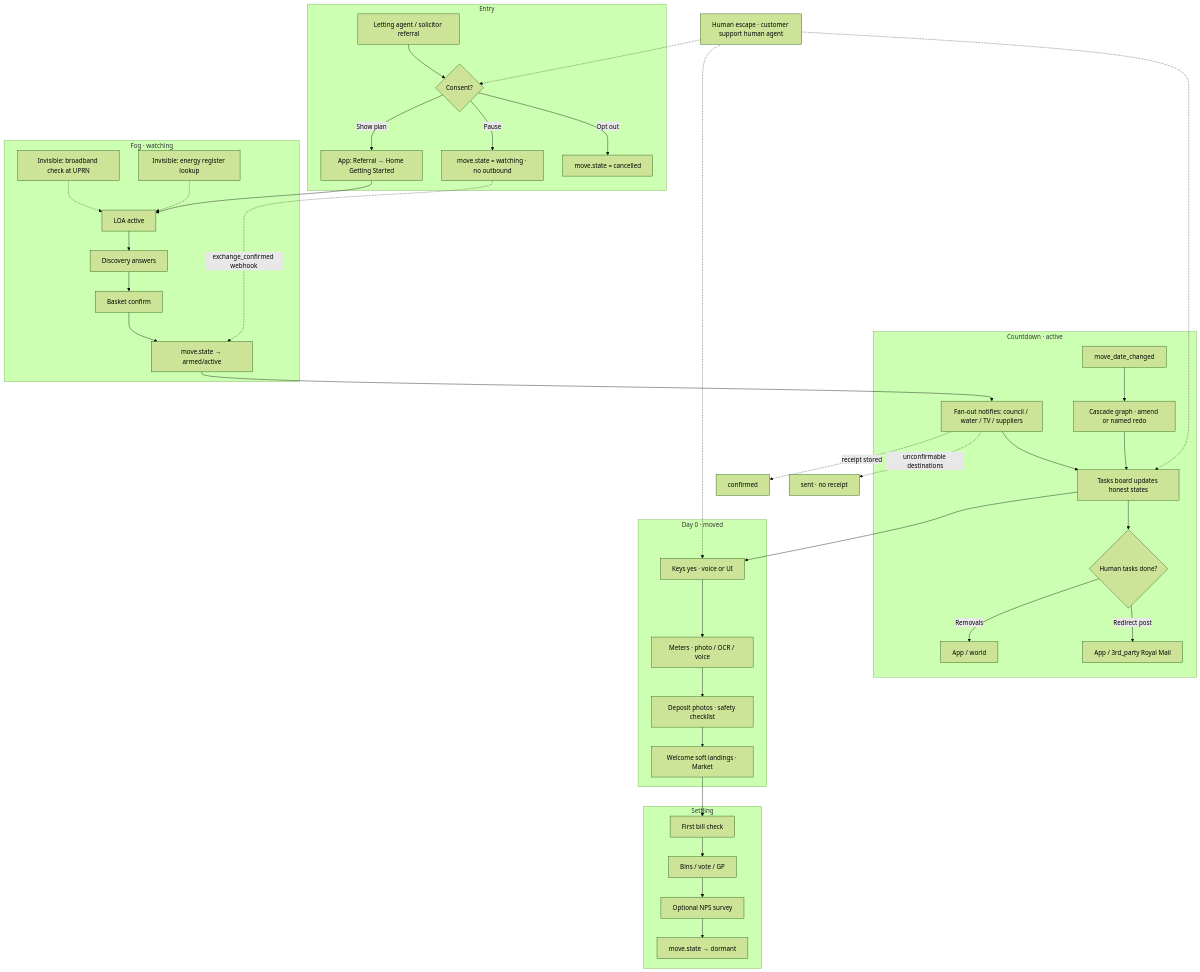
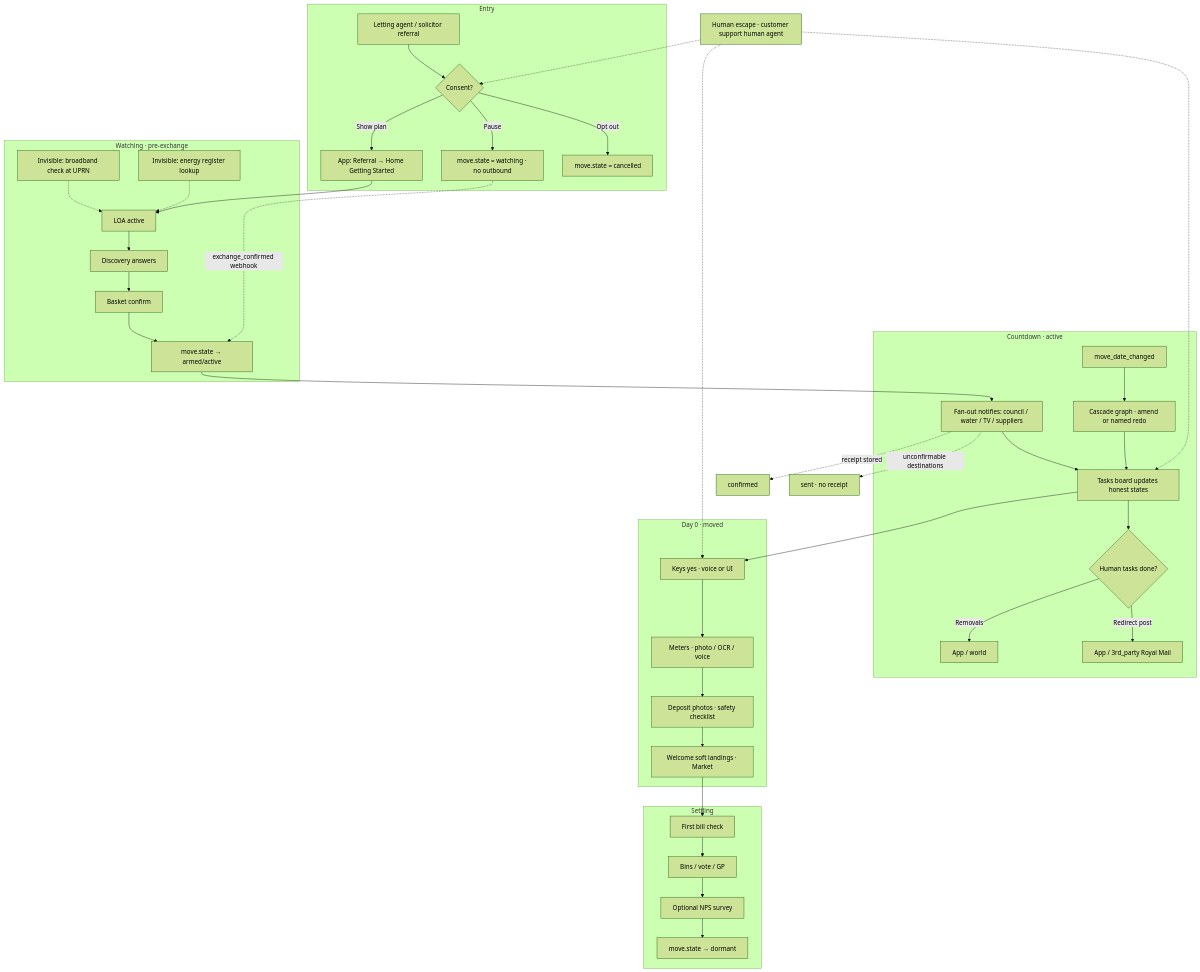
Before and after one commit to analogue-tools/just-move-in: the eighth of 18 diagrams in FLOWS-EVENTS-ANALYTICS.md, drawn with Mermaid (forest theme). The commit also changed other lines of this file and 29 other files, not shown here.

````diff
--- a/FLOWS-EVENTS-ANALYTICS.md
+++ b/FLOWS-EVENTS-ANALYTICS.md
@@ -385,49 +385,49 @@
 ```mermaid
 flowchart TB
   subgraph S0["Entry"]
     A[Letting agent / solicitor referral] --> B{Consent?}
     B -->|Opt out| X[move.state = cancelled]
     B -->|Pause| W[move.state = watching · no outbound]
     B -->|Show plan| C[App: Referral → Home Getting Started]
   end
 
-  subgraph S1["Fog · watching"]
+  subgraph S1["Watching · pre-exchange"]
     C --> D[LOA active]
     D --> E[Discovery answers]
     E --> F[Basket confirm]
     F --> G[move.state → armed/active]
     W -.->|exchange_confirmed webhook| G
     INV1[Invisible: broadband check at UPRN] -.-> D
     INV2[Invisible: energy register lookup] -.-> D
   end
 
   subgraph S2["Countdown · active"]
     G --> H[Fan-out notifies: council / water / TV / suppliers]
     H --> I[Tasks board updates honest states]
     I --> J{Human tasks done?}
     J -->|Redirect post| K[App / 3rd_party Royal Mail]
     J -->|Removals| L[App / world]
     DATE[move_date_changed] --> CASCADE[Cascade graph · amend or named redo]
     CASCADE --> I
   end
 
   subgraph S3["Day 0 · moved"]
     I --> M[Keys yes · voice or UI]
     M --> N[Meters · photo / OCR / voice]
     N --> O[Deposit photos · safety checklist]
     O --> P[Welcome soft landings · Market]
   end
 
   subgraph S4["Settling"]
     P --> Q[First bill check]
     Q --> R[Bins / vote / GP]
     R --> S[Optional NPS survey]
     S --> T[move.state → dormant]
   end
 
   H -.->|unconfirmable destinations| FOG[sent · no receipt]
   H -.->|receipt stored| OK[confirmed]
   ESC[Human escape · customer support human agent] -.-> B
   ESC -.-> I
   ESC -.-> M
 ```
````
